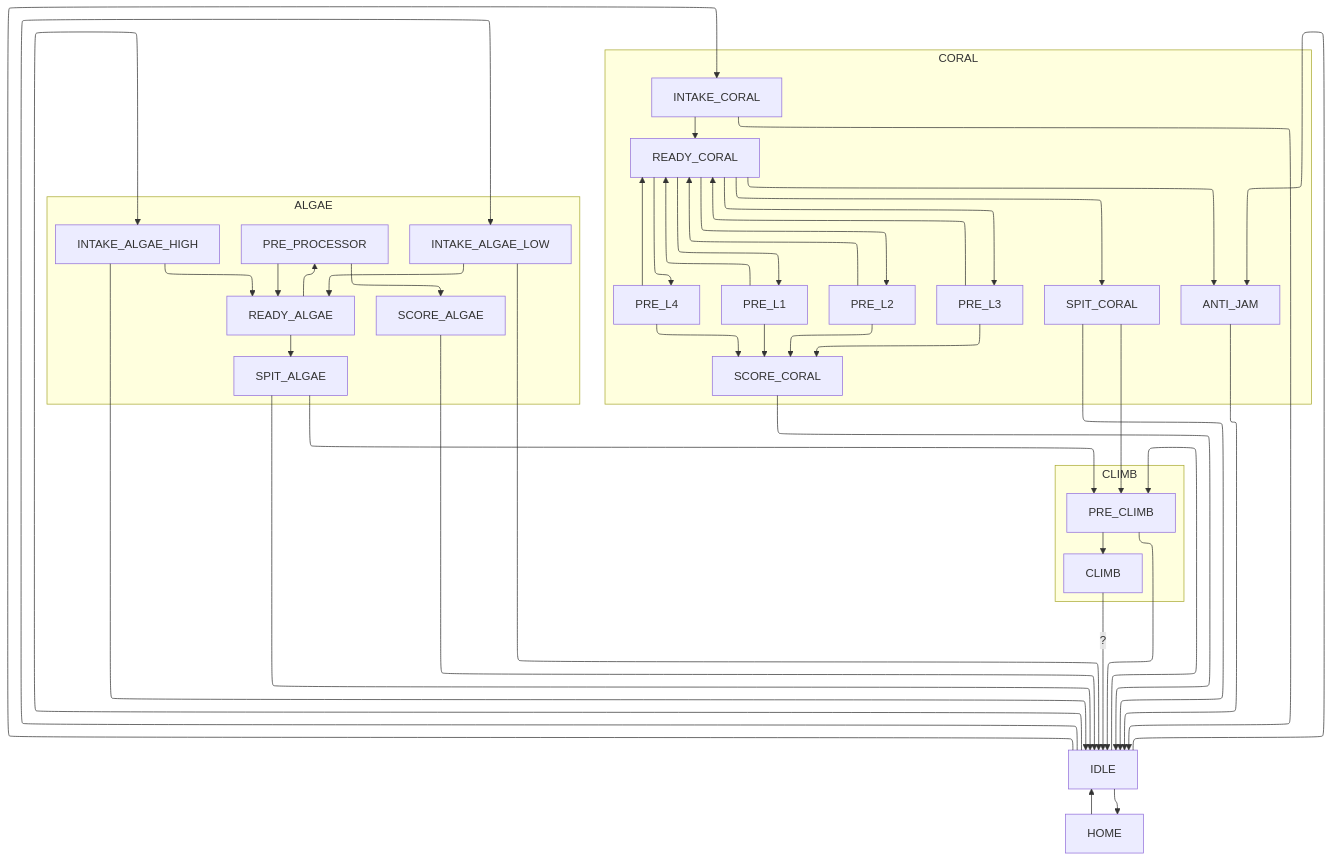
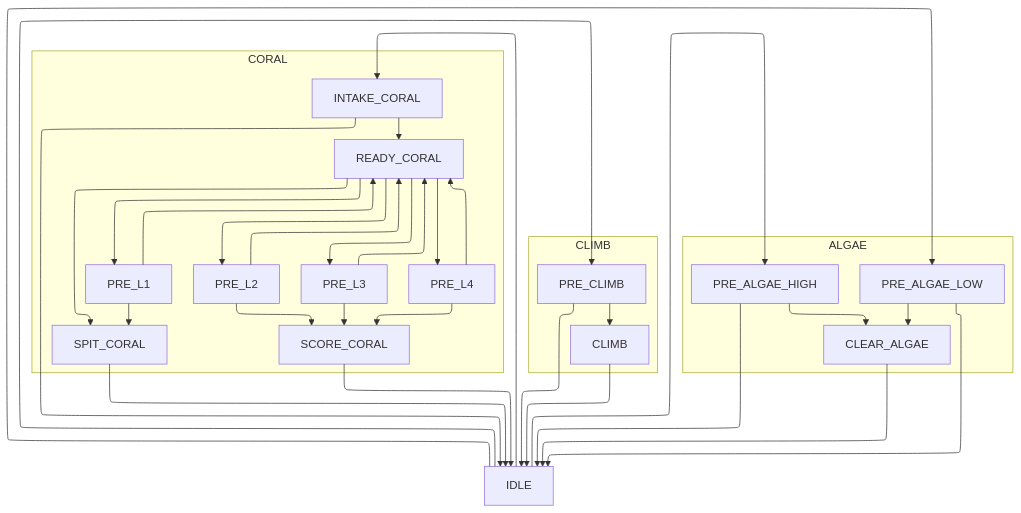
One commit to Team865/FRC-2025 changed the diagram in notes/superstructre.md. Above: the diagram before and after it, drawn with Mermaid. The commit also changed other lines of this file, not shown here.

Commit message:
Expand notes

````diff
--- a/notes/superstructre.md
+++ b/notes/superstructre.md
@@ -3,80 +3,59 @@
 ```mermaid
 %%{init: {"flowchart": {"defaultRenderer": "elk"}} }%%
 graph TD;
 
 IDLE
 
 SCORE_CORAL --> IDLE
 SPIT_CORAL --> IDLE
-SPIT_ALGAE --> IDLE
+CLEAR_ALGAE --> IDLE
 
 IDLE --> INTAKE_CORAL
-IDLE --> HOME
-HOME --> IDLE
 INTAKE_CORAL --> IDLE
+
+IDLE --> PRE_ALGAE_LOW
+IDLE --> PRE_ALGAE_HIGH
+
+PRE_ALGAE_LOW --> IDLE
+PRE_ALGAE_HIGH --> IDLE
+
+subgraph ALGAE
+
+PRE_ALGAE_LOW --> CLEAR_ALGAE
+PRE_ALGAE_HIGH --> CLEAR_ALGAE
+
+end
+
+IDLE --> PRE_CLIMB
+PRE_CLIMB --> IDLE
+CLIMB --> IDLE
+
+subgraph climb [CLIMB]
+
+PRE_CLIMB --> CLIMB
+
+end
 
 subgraph CORAL
 
 INTAKE_CORAL --> READY_CORAL
 READY_CORAL --> SPIT_CORAL
 
 READY_CORAL --> PRE_L1
 READY_CORAL --> PRE_L2
 READY_CORAL --> PRE_L3
 READY_CORAL --> PRE_L4
 
-SCORE_CORAL
-PRE_L1 --> SCORE_CORAL
+PRE_L1 --> SPIT_CORAL
 PRE_L2 --> SCORE_CORAL
 PRE_L3 --> SCORE_CORAL
 PRE_L4 --> SCORE_CORAL
 
 PRE_L1 --> READY_CORAL
 PRE_L2 --> READY_CORAL
 PRE_L3 --> READY_CORAL
 PRE_L4 --> READY_CORAL
 
-ANTI_JAM
-
 end
 
-IDLE --> INTAKE_ALGAE_LOW
-IDLE --> INTAKE_ALGAE_HIGH
-
-INTAKE_ALGAE_LOW --> IDLE
-INTAKE_ALGAE_HIGH --> IDLE
-
-SCORE_ALGAE --> IDLE
-
-subgraph ALGAE
-
-INTAKE_ALGAE_LOW --> READY_ALGAE
-INTAKE_ALGAE_HIGH --> READY_ALGAE
-
-READY_ALGAE --> SPIT_ALGAE
-READY_ALGAE --> PRE_PROCESSOR
-
-
-PRE_PROCESSOR --> SCORE_ALGAE
-
-PRE_PROCESSOR --> READY_ALGAE
-
-end
-
-IDLE --> ANTI_JAM
-ANTI_JAM --> IDLE
-READY_CORAL --> ANTI_JAM
-
-IDLE --> PRE_CLIMB
-PRE_CLIMB --> IDLE
-CLIMB --"?"--> IDLE
-
-subgraph climb [CLIMB]
-
-SPIT_CORAL --> PRE_CLIMB
-SPIT_ALGAE --> PRE_CLIMB
-PRE_CLIMB --> CLIMB
-
-
-end
 ```
````
